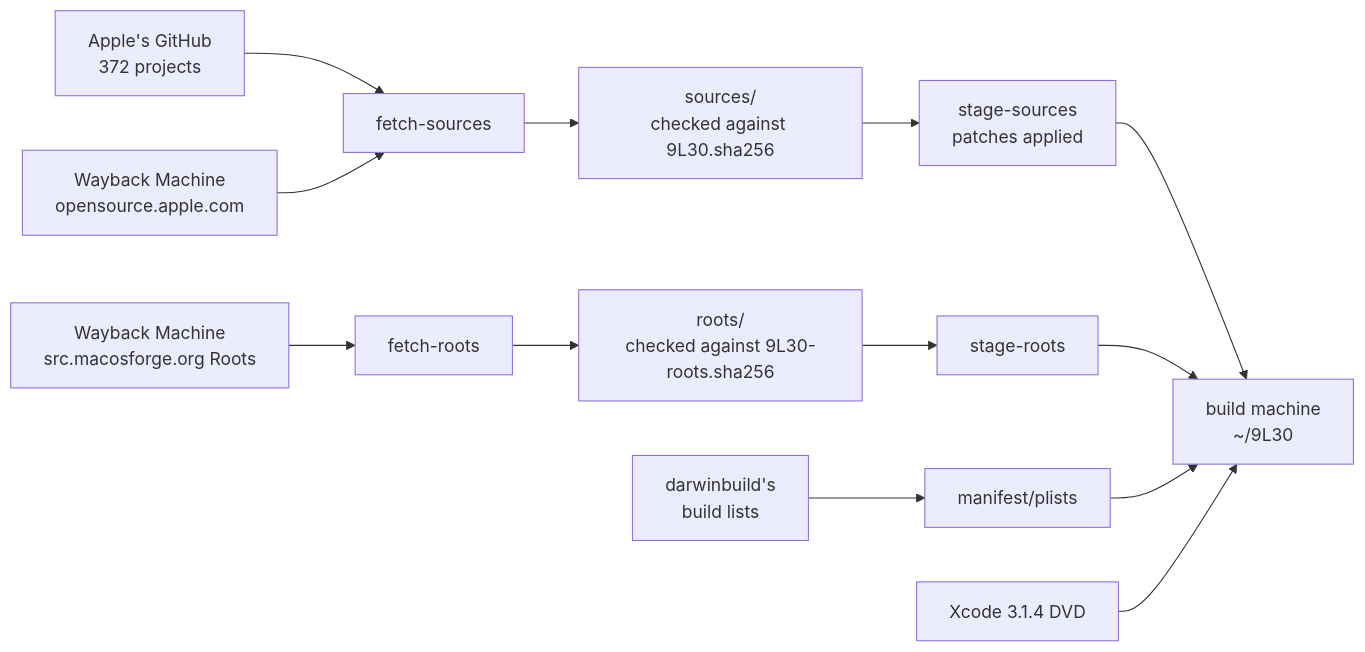
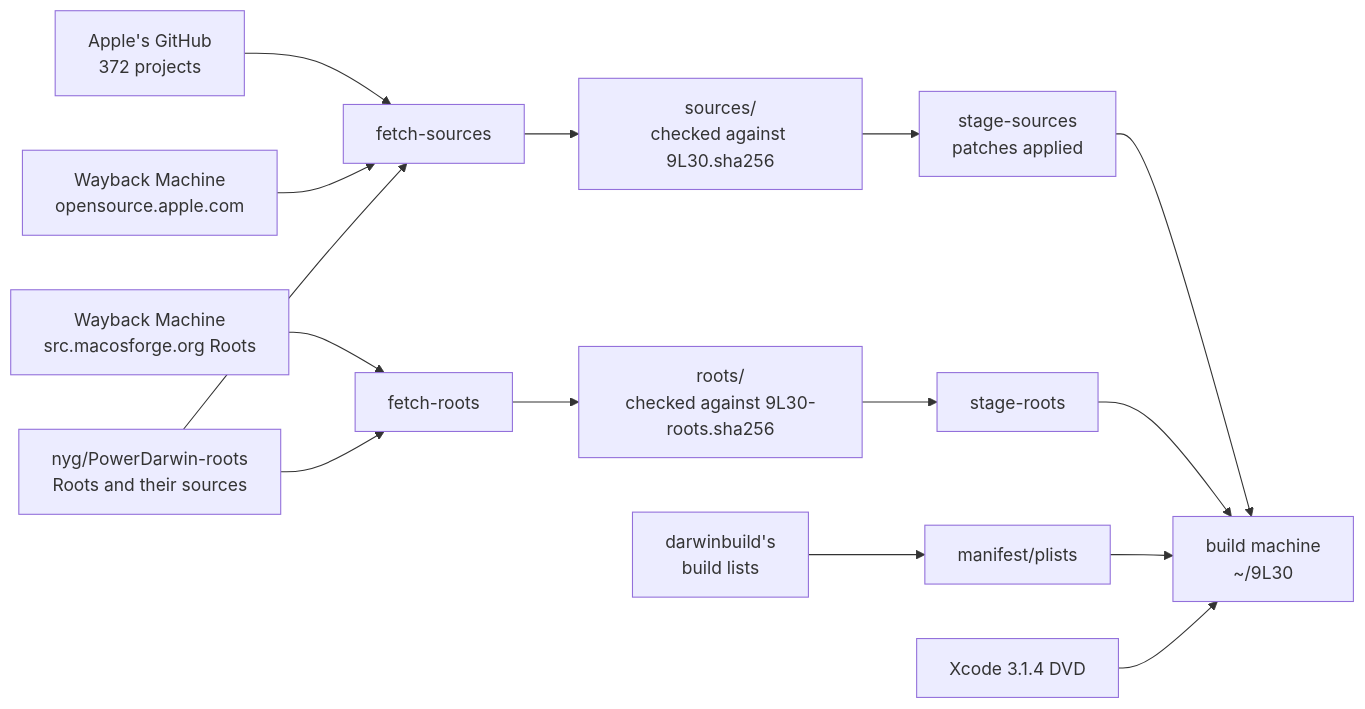
Before and after one commit to nyg/PowerDarwin: the second of 2 diagrams in docs/src/method/sources-and-roots.md, drawn with Mermaid. The commit also changed other lines of this file and 5 other files, not shown here.

Commit message:
feat: download the Roots from nyg/PowerDarwin-roots first (#5)

````diff
--- a/docs/src/method/sources-and-roots.md
+++ b/docs/src/method/sources-and-roots.md
@@ -173,15 +178,17 @@
 ```mermaid
 flowchart LR
     GH["Apple's GitHub<br/>372 projects"] --> FS[fetch-sources]
     WBS["Wayback Machine<br/>opensource.apple.com"] --> FS
     WBR["Wayback Machine<br/>src.macosforge.org Roots"] --> FR[fetch-roots]
+    PR["nyg/PowerDarwin-roots<br/>Roots and their sources"] --> FR
+    PR --> FS
     DB["darwinbuild's<br/>build lists"] --> PL[manifest/plists]
     FS --> SRC["sources/<br/>checked against 9L30.sha256"]
     FR --> RT["roots/<br/>checked against 9L30-roots.sha256"]
     SRC --> SS["stage-sources<br/>patches applied"]
     RT --> SR[stage-roots]
     SS --> BM["build machine<br/>~/9L30"]
     SR --> BM
     PL --> BM
     XC["Xcode 3.1.4 DVD"] --> BM
 ```
````
